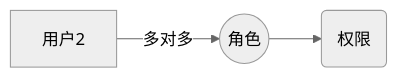
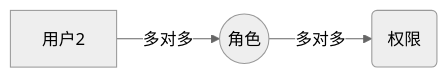
Before and after one commit to gZeyu/note: the diagram in 个人博客/note/RBAC模型的数据库设计.md, drawn with Mermaid (neutral theme). The commit also changed other lines of this file, not shown here.

````diff
--- a/个人博客/note/RBAC模型的数据库设计.md
+++ b/个人博客/note/RBAC模型的数据库设计.md
@@ -5,5 +5,5 @@
 ```mermaid
 graph LR
 U[用户2] --多对多--> R((角色)) 
-R((角色)) --> P(权限)
+R((角色)) --多对多--> P(权限)
 ```
````
